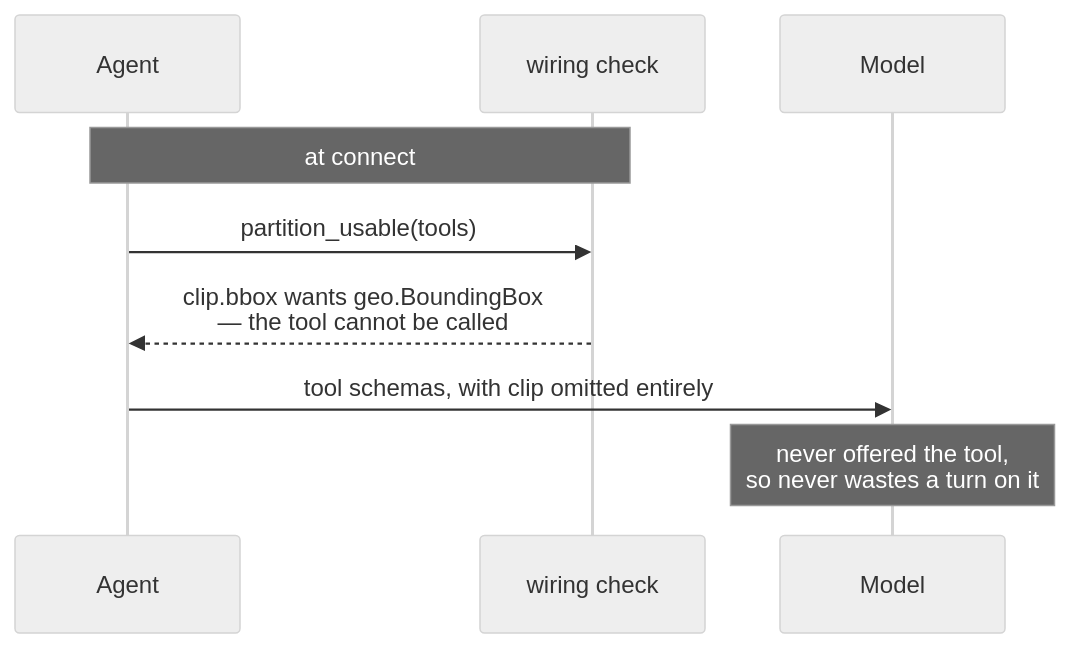
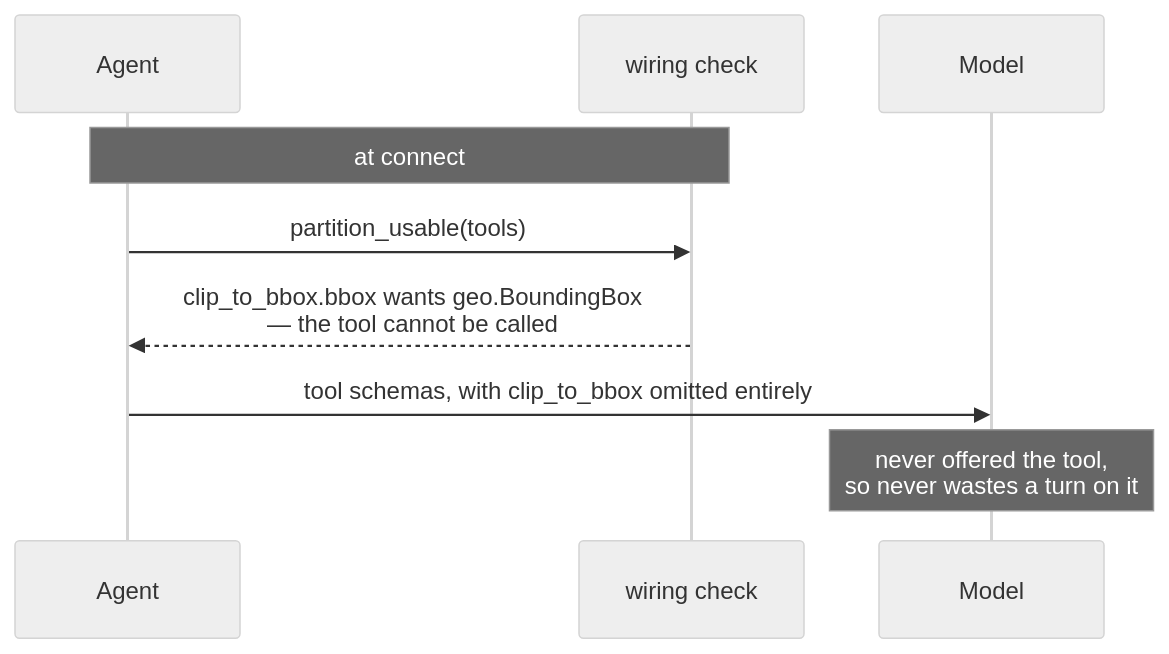
One commit to developmentseed/mcp-toolsets-runtime changed the sixth of 6 diagrams in docs/SESSION-STATE.md. Above: the diagram before and after it, drawn with Mermaid (neutral theme). The commit also changed other lines of this file and 3 other files, not shown here.

````diff
--- a/docs/SESSION-STATE.md
+++ b/docs/SESSION-STATE.md
@@ -404,12 +415,12 @@
 ```mermaid
 sequenceDiagram
     participant A as Agent
     participant W as wiring check
     participant M as Model
 
     Note over A,W: at connect
     A->>W: partition_usable(tools)
-    W-->>A: clip.bbox wants geo.BoundingBox<br/>— the tool cannot be called
-    A->>M: tool schemas, with clip omitted entirely
+    W-->>A: clip_to_bbox.bbox wants geo.BoundingBox<br/>— the tool cannot be called
+    A->>M: tool schemas, with clip_to_bbox omitted entirely
     Note over M: never offered the tool,<br/>so never wastes a turn on it
 ```
````
